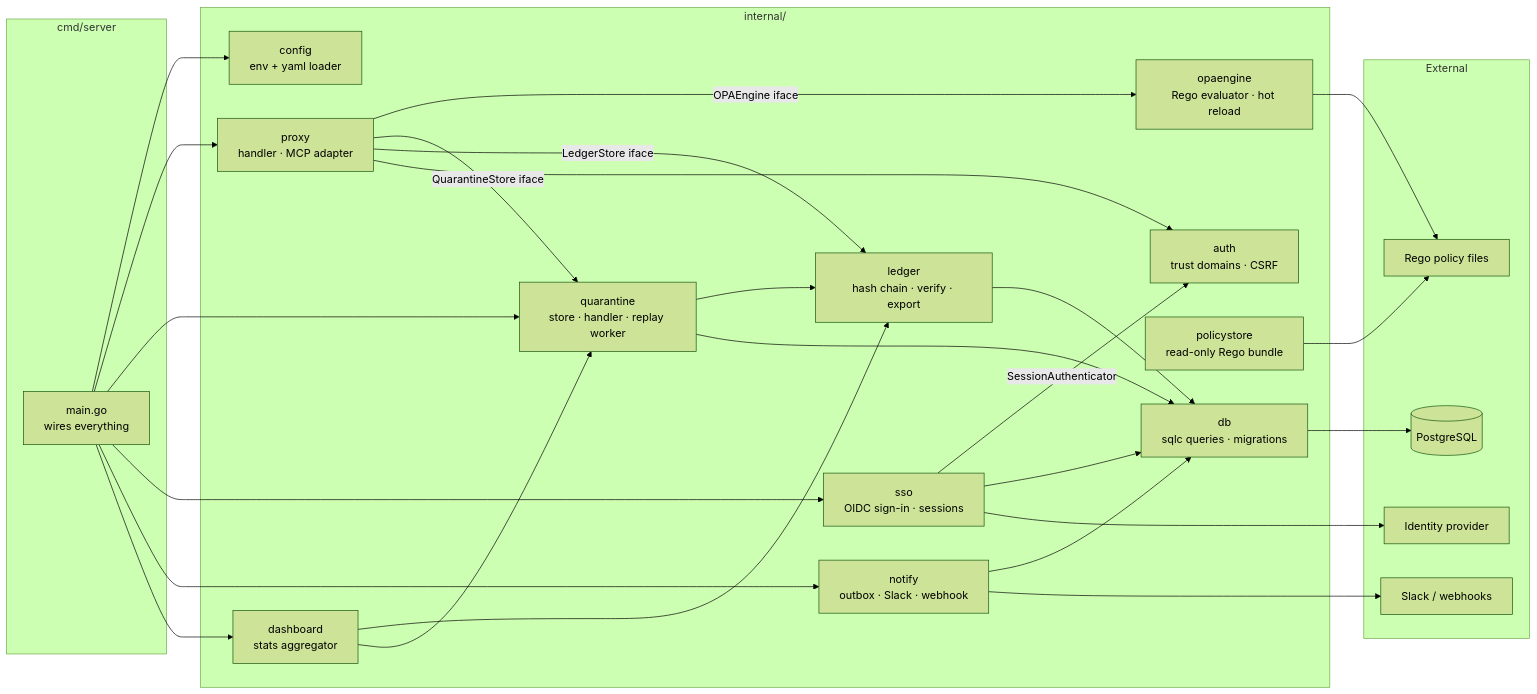
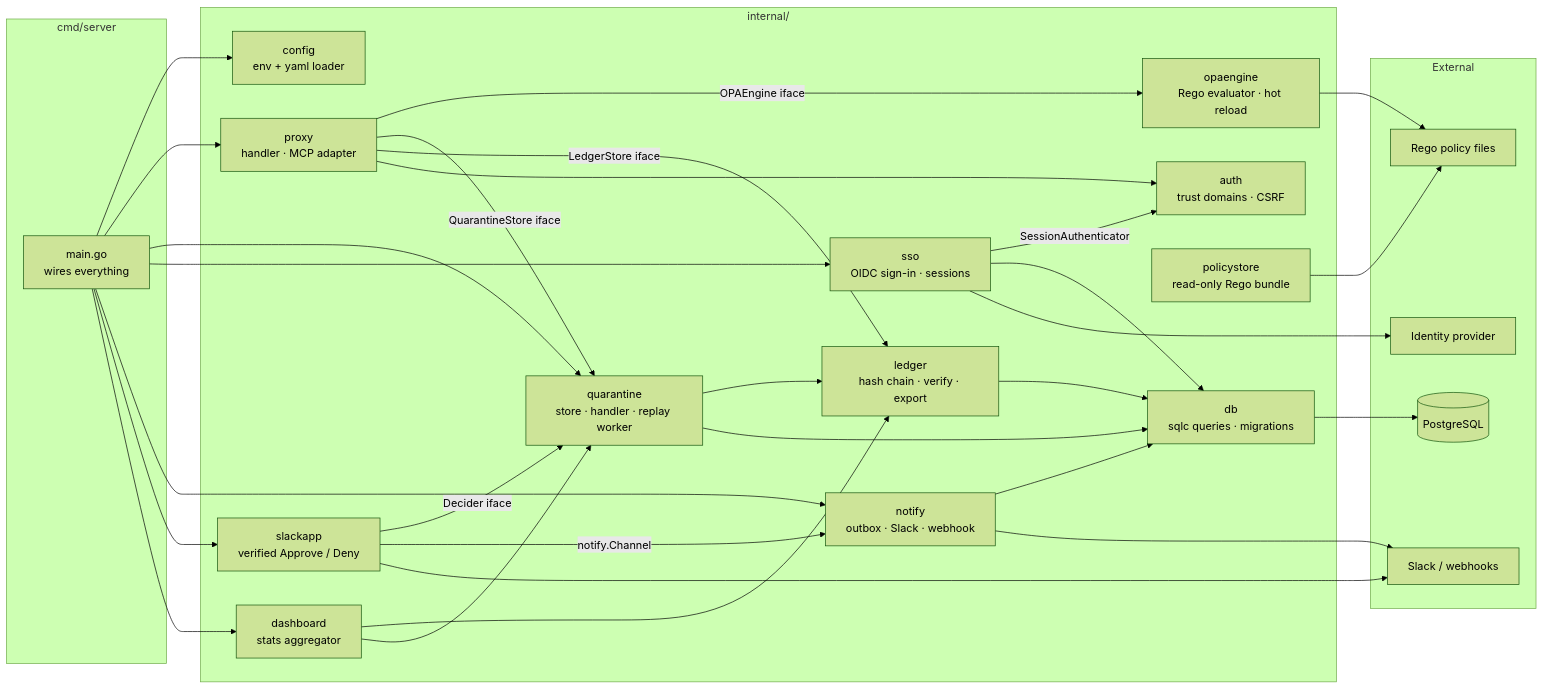
Before and after one commit to austinchima/KiteRail: the third of 3 diagrams in docs/ARCHITECTURE.md, drawn with Mermaid (forest theme). The commit also changed other lines of this file and 6 other files, not shown here.

First line of the commit message:
docs: make the architecture diagrams match the code

````diff
--- a/docs/ARCHITECTURE.md
+++ b/docs/ARCHITECTURE.md
@@ -166,54 +176,59 @@
 ```mermaid
 flowchart LR
     subgraph cmd["cmd/server"]
         MAIN[main.go<br/>wires everything]
     end
 
     subgraph internal["internal/"]
         CFG[config<br/>env + yaml loader]
         AUTH[auth<br/>trust domains · CSRF]
         SSO[sso<br/>OIDC sign-in · sessions]
         PROXY[proxy<br/>handler · MCP adapter]
         OPA[opaengine<br/>Rego evaluator · hot reload]
         PS[policystore<br/>read-only Rego bundle]
         Q[quarantine<br/>store · handler · replay worker]
         LED[ledger<br/>hash chain · verify · export]
         NOT[notify<br/>outbox · Slack · webhook]
+        SLK[slackapp<br/>verified Approve / Deny]
         DASH[dashboard<br/>stats aggregator]
         DB[db<br/>sqlc queries · migrations]
     end
 
     subgraph external["External"]
         PG[(PostgreSQL)]
         REGO[Rego policy files]
         IDP[Identity provider]
         HOOK[Slack / webhooks]
     end
 
     MAIN --> CFG
     MAIN --> PROXY
     MAIN --> Q
     MAIN --> SSO
     MAIN --> NOT
+    MAIN --> SLK
     MAIN --> DASH
 
     PROXY -->|OPAEngine iface| OPA
     PROXY -->|QuarantineStore iface| Q
     PROXY -->|LedgerStore iface| LED
     PROXY --> AUTH
     SSO -->|SessionAuthenticator| AUTH
 
     Q --> LED
     DASH --> LED
     DASH --> Q
     NOT --> DB
     SSO --> DB
     Q --> DB
     LED --> DB
 
     OPA --> REGO
     PS --> REGO
     DB --> PG
     SSO --> IDP
     NOT --> HOOK
+    SLK -->|Decider iface| Q
+    SLK -->|notify.Channel| NOT
+    SLK --> HOOK
 ```
````
